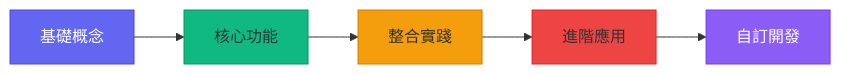
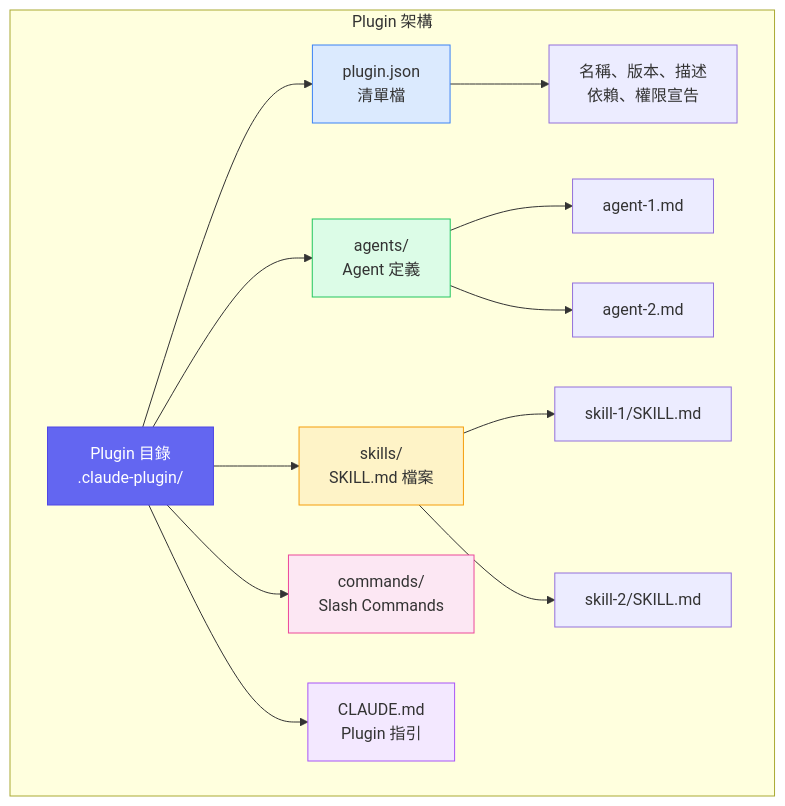
One commit to chihhung/Blog changed diagram 22 of 57 in content/posts/教學/AI開發/Claude Code生態圈教學手冊.md. Above: the diagram before and after it, drawn with Mermaid. The commit also changed other lines of this file and 3 other files, not shown here.

````diff
--- a/content/posts/教學/AI開發/Claude Code生態圈教學手冊.md
+++ b/content/posts/教學/AI開發/Claude Code生態圈教學手冊.md
@@ -10753,13 +2703,25 @@
 ```mermaid
-graph LR
-    A[基礎概念] --> B[核心功能]
-    B --> C[整合實踐]
-    C --> D[進階應用]
-    D --> E[自訂開發]
+graph TB
+    subgraph "Plugin 架構"
+        P[Plugin 目錄<br>.claude-plugin/]
+        
+        P --> M[plugin.json<br>清單檔]
+        P --> A[agents/<br>Agent 定義]
+        P --> S[skills/<br>SKILL.md 檔案]
+        P --> C[commands/<br>Slash Commands]
+        P --> I[CLAUDE.md<br>Plugin 指引]
+        
+        M --> D[名稱、版本、描述<br>依賴、權限宣告]
+        A --> A1[agent-1.md]
+        A --> A2[agent-2.md]
+        S --> S1[skill-1/SKILL.md]
+        S --> S2[skill-2/SKILL.md]
+    end
     
-    style A fill:#6366f1,stroke:#4f46e5,color:#fff
-    style B fill:#10b981,stroke:#059669
-    style C fill:#f59e0b,stroke:#d97706
-    style D fill:#ef4444,stroke:#dc2626
-    style E fill:#8b5cf6,stroke:#7c3aed,color:#fff
+    style P fill:#6366f1,stroke:#4f46e5,color:#fff
+    style M fill:#dbeafe,stroke:#3b82f6
+    style A fill:#dcfce7,stroke:#22c55e
+    style S fill:#fef3c7,stroke:#f59e0b
+    style C fill:#fce7f3,stroke:#ec4899
+    style I fill:#f3e8ff,stroke:#a855f7
 ```
````
